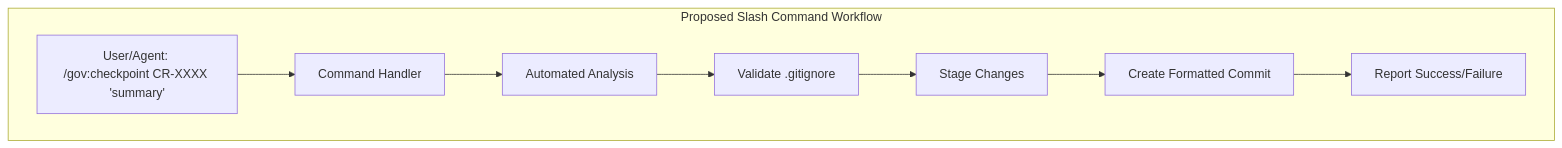
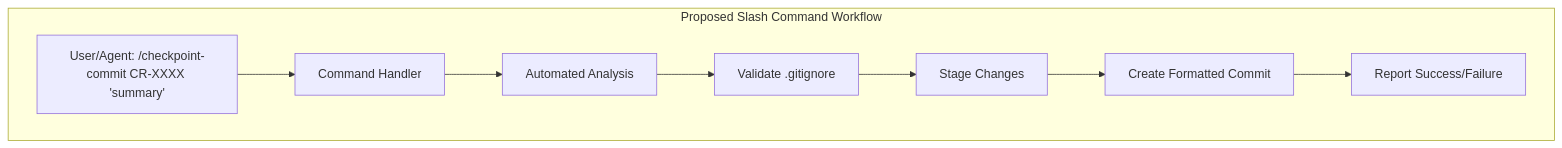
Before and after one commit to desek/governance: the second of 3 diagrams in docs/cr/CR-0010-checkpoint-slash-command.md, drawn with Mermaid. The commit also changed other lines of this file and 1 other file, not shown here.

First line of the commit message:
checkpoint(CR-0010): add project purpose to AGENTS.md and refine CR-0010 naming and architecture

````diff
--- a/docs/cr/CR-0010-checkpoint-slash-command.md
+++ b/docs/cr/CR-0010-checkpoint-slash-command.md
@@ -98,11 +120,11 @@
 ```mermaid
 flowchart TD
     subgraph Automated["Proposed Slash Command Workflow"]
-        User["User/Agent: /gov:checkpoint CR-XXXX 'summary'"] --> Cmd[Command Handler]
+        User["User/Agent: /checkpoint-commit CR-XXXX 'summary'"] --> Cmd[Command Handler]
         Cmd --> Analysis[Automated Analysis]
         Analysis --> GitIgnore[Validate .gitignore]
         GitIgnore --> Stage[Stage Changes]
         Stage --> Commit[Create Formatted Commit]
         Commit --> Result[Report Success/Failure]
     end
 ```
````
